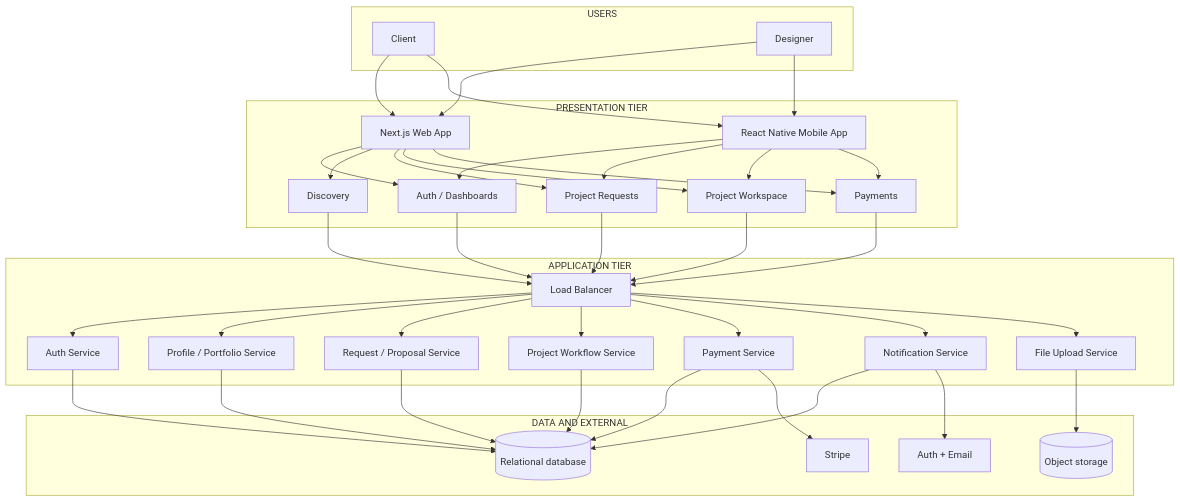
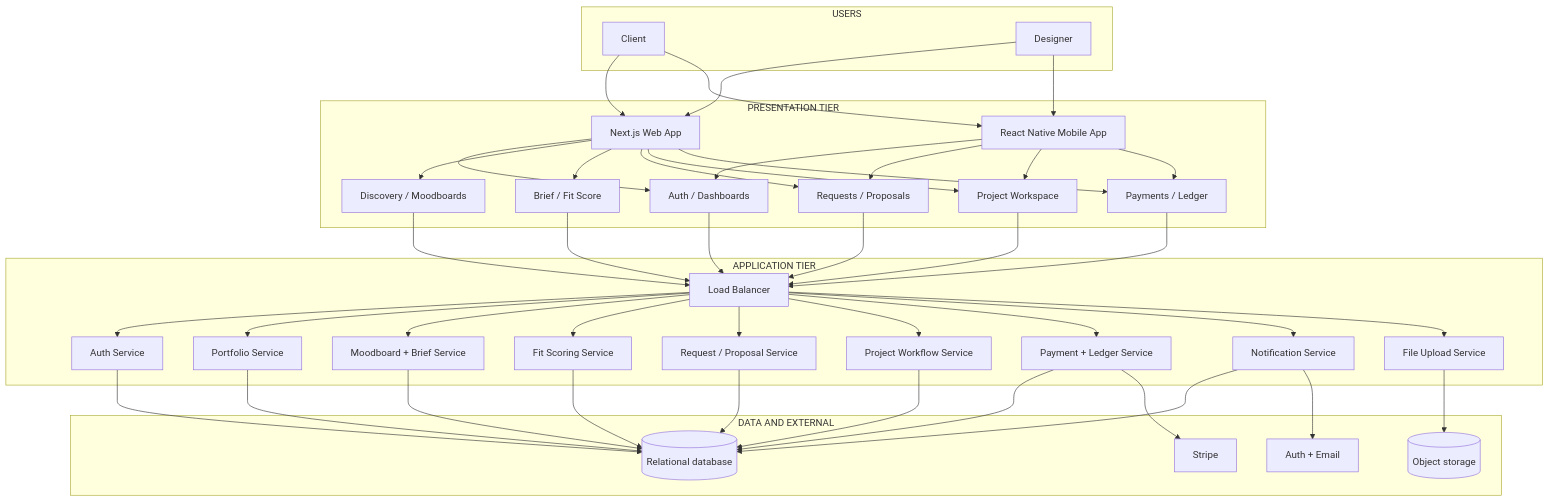
One commit to MNSBaanu/Inside changed the second of 3 diagrams in docs/Proposal/diagrams/architecture-diagrams.md. Above: the diagram before and after it, drawn with Mermaid. The commit also changed other lines of this file and 9 other files, not shown here.

````diff
--- a/docs/Proposal/diagrams/architecture-diagrams.md
+++ b/docs/Proposal/diagrams/architecture-diagrams.md
@@ -66,42 +66,45 @@
 ```mermaid
 flowchart TB
     subgraph users ["USERS"]
         Client["Client"]
         Designer["Designer"]
     end
     subgraph presentation ["PRESENTATION TIER"]
         Web["Next.js Web App"]
         Mobile["React Native Mobile App"]
         P1["Auth / Dashboards"]
-        P2["Discovery"]
-        P3["Project Requests"]
-        P4["Project Workspace"]
-        P5["Payments"]
+        P2["Discovery / Moodboards"]
+        P3["Brief / Fit Score"]
+        P4["Requests / Proposals"]
+        P5["Project Workspace"]
+        P6["Payments / Ledger"]
     end
     subgraph application ["APPLICATION TIER"]
         ALB["Load Balancer"]
         S1["Auth Service"]
-        S2["Profile / Portfolio Service"]
-        S3["Request / Proposal Service"]
-        S4["Project Workflow Service"]
-        S5["Payment Service"]
-        S6["Notification Service"]
-        S7["File Upload Service"]
-        ALB --> S1 & S2 & S3 & S4 & S5 & S6 & S7
+        S2["Portfolio Service"]
+        S3["Moodboard + Brief Service"]
+        S4["Fit Scoring Service"]
+        S5["Request / Proposal Service"]
+        S6["Project Workflow Service"]
+        S7["Payment + Ledger Service"]
+        S8["Notification Service"]
+        S9["File Upload Service"]
+        ALB --> S1 & S2 & S3 & S4 & S5 & S6 & S7 & S8 & S9
     end
     subgraph data ["DATA AND EXTERNAL"]
         D1[("Relational database")]
         D2[("Object storage")]
         D3["Stripe"]
         D4["Auth + Email"]
     end
     Client --> Web & Mobile
     Designer --> Web & Mobile
-    Web --> P1 & P2 & P3 & P4 & P5
-    Mobile --> P1 & P3 & P4 & P5
-    P1 & P2 & P3 & P4 & P5 --> ALB
-    S1 & S2 & S3 & S4 & S5 & S6 --> D1
-    S5 --> D3
-    S6 --> D4
-    S7 --> D2
+    Web --> P1 & P2 & P3 & P4 & P5 & P6
+    Mobile --> P1 & P4 & P5 & P6
+    P1 & P2 & P3 & P4 & P5 & P6 --> ALB
+    S1 & S2 & S3 & S4 & S5 & S6 & S7 & S8 --> D1
+    S7 --> D3
+    S8 --> D4
+    S9 --> D2
 ```
````
